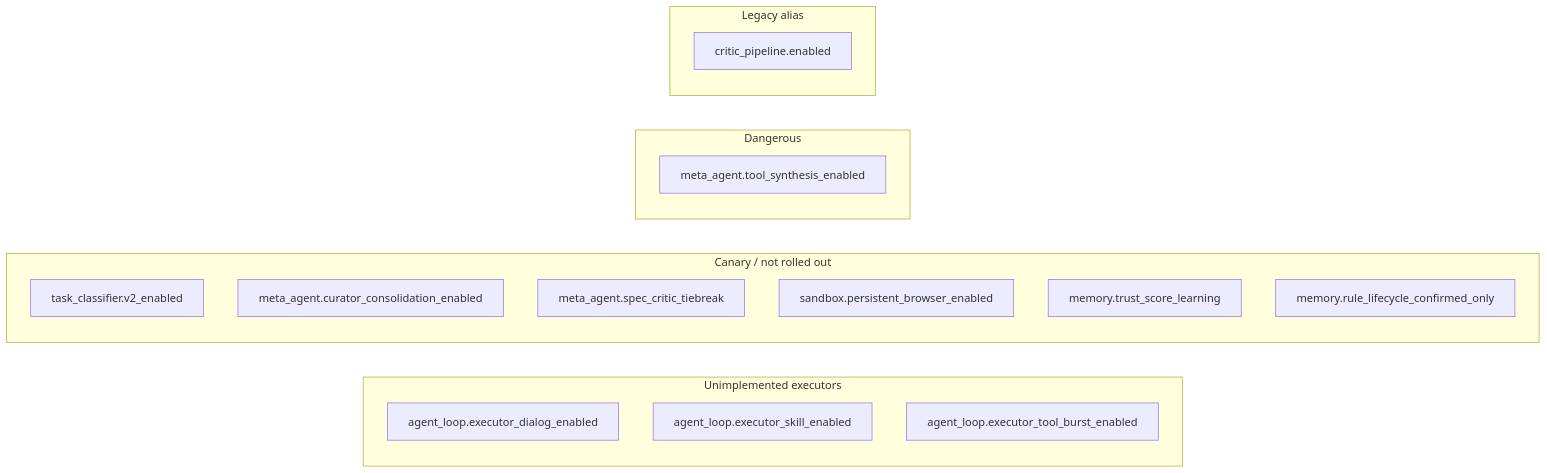
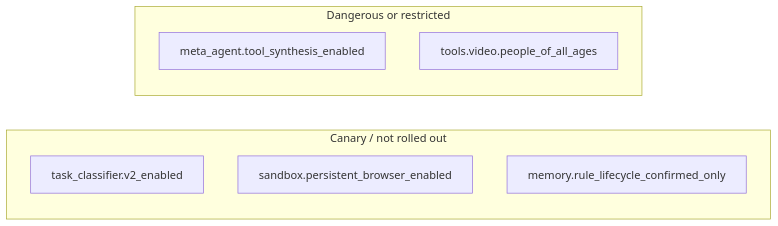
Before and after one commit to gondolerahul/hire-buddha-app: diagram 13 of 13 in docs/current/15-governance-and-hitl.md, drawn with Mermaid. The commit also changed other lines of this file and 22 other files, not shown here.

````diff
--- a/docs/current/15-governance-and-hitl.md
+++ b/docs/current/15-governance-and-hitl.md
@@ -1136,22 +1132,12 @@
 ```mermaid
 flowchart LR
-    subgraph Stubs["Unimplemented executors"]
-        E1["agent_loop.executor_dialog_enabled"]
-        E2["agent_loop.executor_skill_enabled"]
-        E3["agent_loop.executor_tool_burst_enabled"]
-    end
     subgraph Canary["Canary / not rolled out"]
         C1["task_classifier.v2_enabled"]
-        C2["meta_agent.curator_consolidation_enabled"]
-        C3["meta_agent.spec_critic_tiebreak"]
         C4["sandbox.persistent_browser_enabled"]
-        C5["memory.trust_score_learning"]
         C6["memory.rule_lifecycle_confirmed_only"]
     end
-    subgraph Danger["Dangerous"]
+    subgraph Danger["Dangerous or restricted"]
         D1["meta_agent.tool_synthesis_enabled"]
-    end
-    subgraph Legacy["Legacy alias"]
-        L1["critic_pipeline.enabled"]
+        D2["tools.video.people_of_all_ages"]
     end
 ```
````
